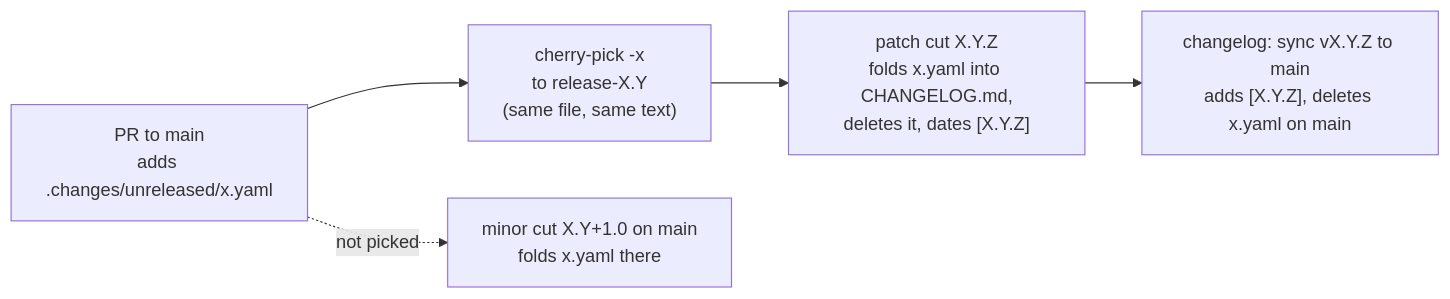
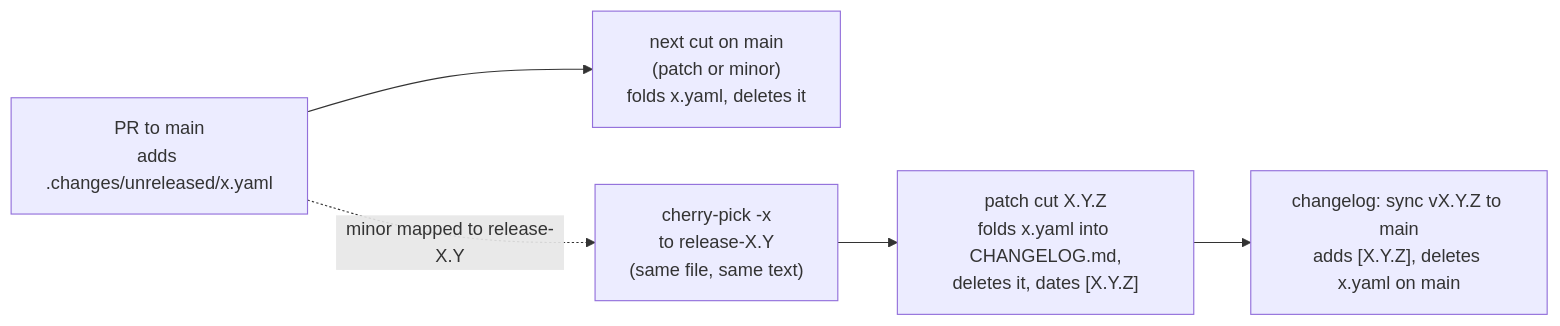
One commit to dexadata/dexaflow changed the diagram in website/content/contribute/recipes/record-a-change.md. Above: the diagram before and after it, drawn with Mermaid. The commit also changed 6 other files, not shown here.

Commit message:
docs(adr): 0102 patches from main until main diverges from the minor

````diff
--- a/website/content/contribute/recipes/record-a-change.md
+++ b/website/content/contribute/recipes/record-a-change.md
@@ -34,7 +34,7 @@
 ```mermaid
 flowchart LR
-  pr["PR to main<br/>adds .changes/unreleased/x.yaml"] --> pick["cherry-pick -x<br/>to release-X.Y<br/>(same file, same text)"]
+  pr["PR to main<br/>adds .changes/unreleased/x.yaml"] --> cutmain["next cut on main<br/>(patch or minor)<br/>folds x.yaml, deletes it"]
+  pr -. "minor mapped to release-X.Y" .-> pick["cherry-pick -x<br/>to release-X.Y<br/>(same file, same text)"]
   pick --> cut["patch cut X.Y.Z<br/>folds x.yaml into CHANGELOG.md,<br/>deletes it, dates [X.Y.Z]"]
   cut --> sync["changelog: sync vX.Y.Z to main<br/>adds [X.Y.Z], deletes x.yaml on main"]
-  pr -. "not picked" .-> minor["minor cut X.Y+1.0 on main<br/>folds x.yaml there"]
 ```
````
